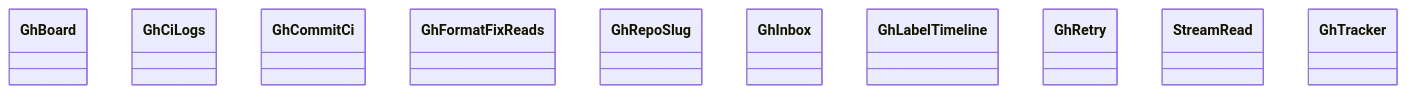
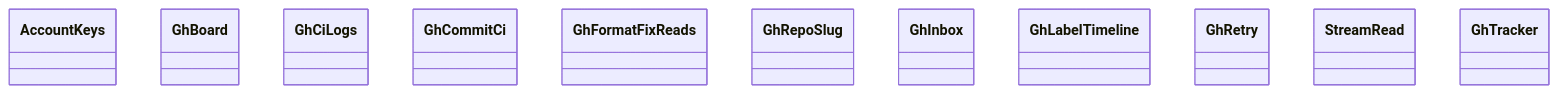
The diagram in docs/architecture/generated/classes-process-adapters-github.md (GonzaloZevallos/agentic-system), drawn with Mermaid before and after one commit. The commit also changed 23 other files, not shown here.

````diff
--- a/docs/architecture/generated/classes-process-adapters-github.md
+++ b/docs/architecture/generated/classes-process-adapters-github.md
@@ -12,13 +12,14 @@
 ```mermaid
 classDiagram
+    class github__account__AccountKeys["AccountKeys"]
     class github__board__GhBoard["GhBoard"]
     class github__ci_logs__GhCiLogs["GhCiLogs"]
     class github__commit_ci__GhCommitCi["GhCommitCi"]
     class github__format_fix_reads__GhFormatFixReads["GhFormatFixReads"]
     class github__format_fix_reads__GhRepoSlug["GhRepoSlug"]
     class github__inbox__GhInbox["GhInbox"]
     class github__label_timeline__GhLabelTimeline["GhLabelTimeline"]
     class github__run__GhRetry["GhRetry"]
     class github__run__StreamRead["StreamRead"]
     class github__tracker__GhTracker["GhTracker"]
 ```
````
